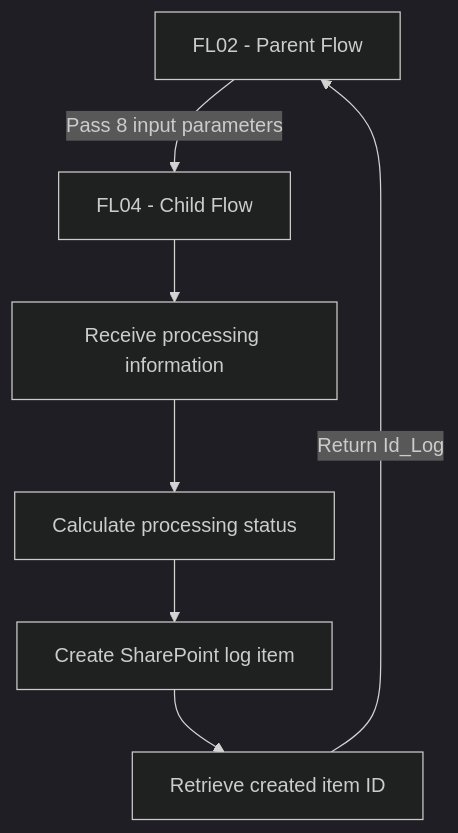
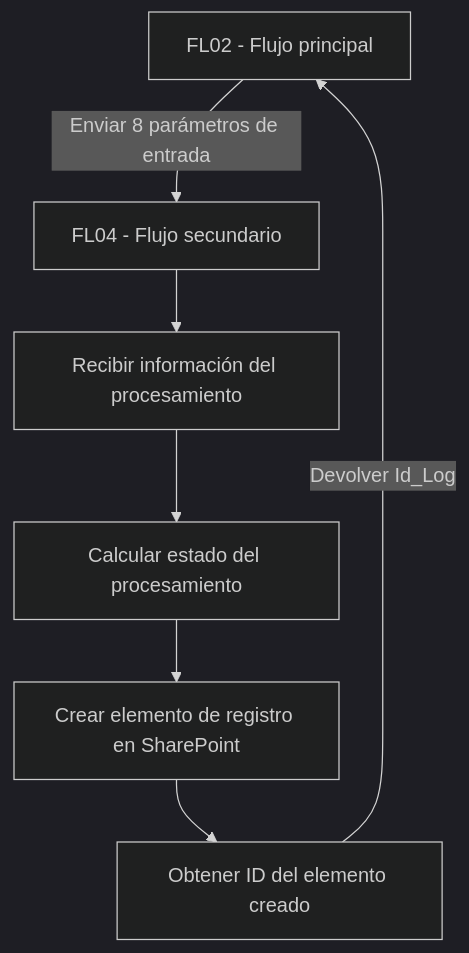
Before and after one commit to smartinmunoz/power-platform-portfolio-es: the diagram in Power-Automate/SharePoint-Excel-Automation/flows/FL04-demo/README.md, drawn with Mermaid (dark theme). The commit also changed other lines of this file, not shown here.

````diff
--- a/Power-Automate/SharePoint-Excel-Automation/flows/FL04-demo/README.md
+++ b/Power-Automate/SharePoint-Excel-Automation/flows/FL04-demo/README.md
@@ -13,9 +13,9 @@
 ```mermaid
 flowchart TD
-    A["FL02 - Parent Flow"] -->|"Pass 8 input parameters"| B["FL04 - Child Flow"]
-    B --> C["Receive processing information"]
-    C --> D["Calculate processing status"]
-    D --> E["Create SharePoint log item"]
-    E --> F["Retrieve created item ID"]
-    F -->|"Return Id_Log"| A
+    A["FL02 - Flujo principal"] -->|"Enviar 8 parámetros de entrada"| B["FL04 - Flujo secundario"]
+    B --> C["Recibir información del procesamiento"]
+    C --> D["Calcular estado del procesamiento"]
+    D --> E["Crear elemento de registro en SharePoint"]
+    E --> F["Obtener ID del elemento creado"]
+    F -->|"Devolver Id_Log"| A
 ```
````
